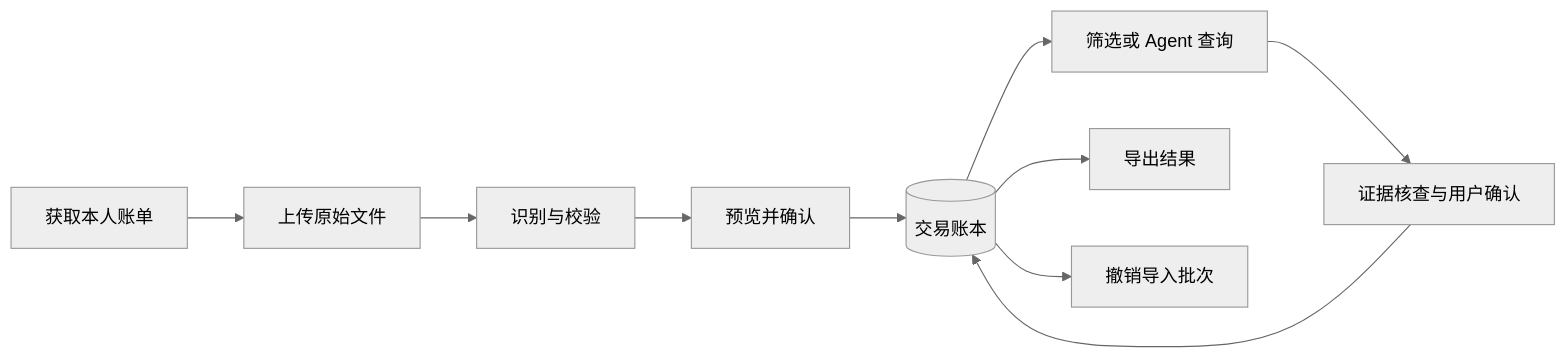
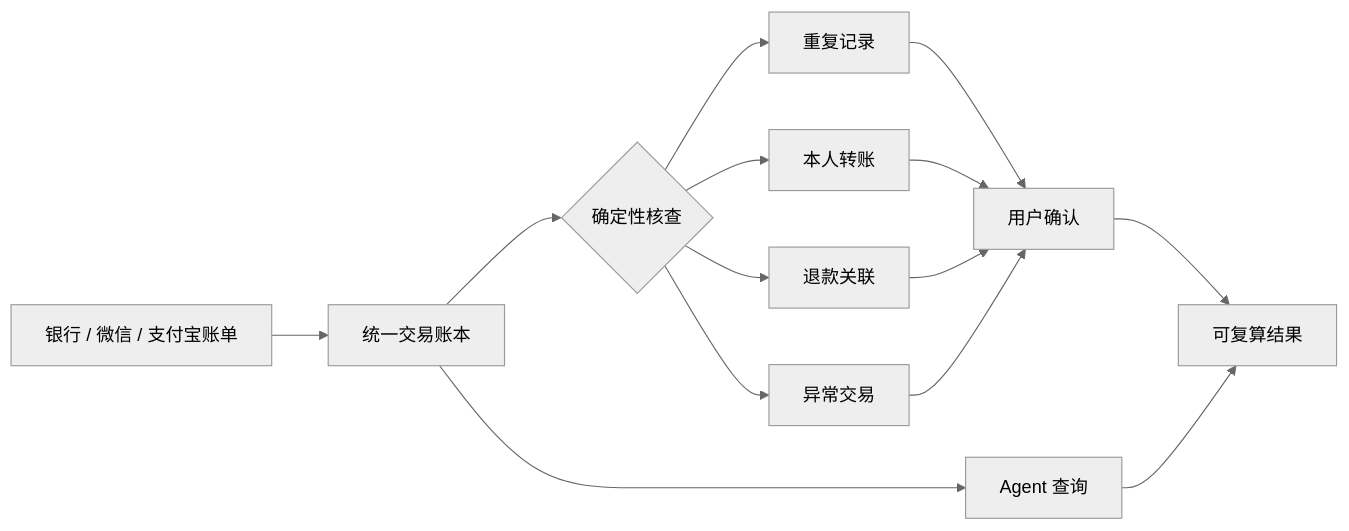
Before and after one commit to Masterora/bankpilot-agent: the first of 4 diagrams in README.md, drawn with Mermaid (neutral theme). The commit also changed other lines of this file and 30 other files, not shown here.

````diff
--- a/README.md
+++ b/README.md
@@ -9,12 +9,16 @@
 ```mermaid
 flowchart LR
-    S[获取本人账单] --> U[上传原始文件]
-    U --> P[识别与校验]
-    P --> V[预览并确认]
-    V --> L[(交易账本)]
-    L --> Q[筛选或 Agent 查询]
-    Q --> C[证据核查与用户确认]
-    C --> L
-    L --> E[导出结果]
-    L --> R[撤销导入批次]
+    A[银行 / 微信 / 支付宝账单] --> B[统一交易账本]
+    B --> C{确定性核查}
+    C --> D[重复记录]
+    C --> E[本人转账]
+    C --> F[退款关联]
+    C --> G[异常交易]
+    D --> H[用户确认]
+    E --> H
+    F --> H
+    G --> H
+    H --> I[可复算结果]
+    B --> J[Agent 查询]
+    J --> I
 ```
````
